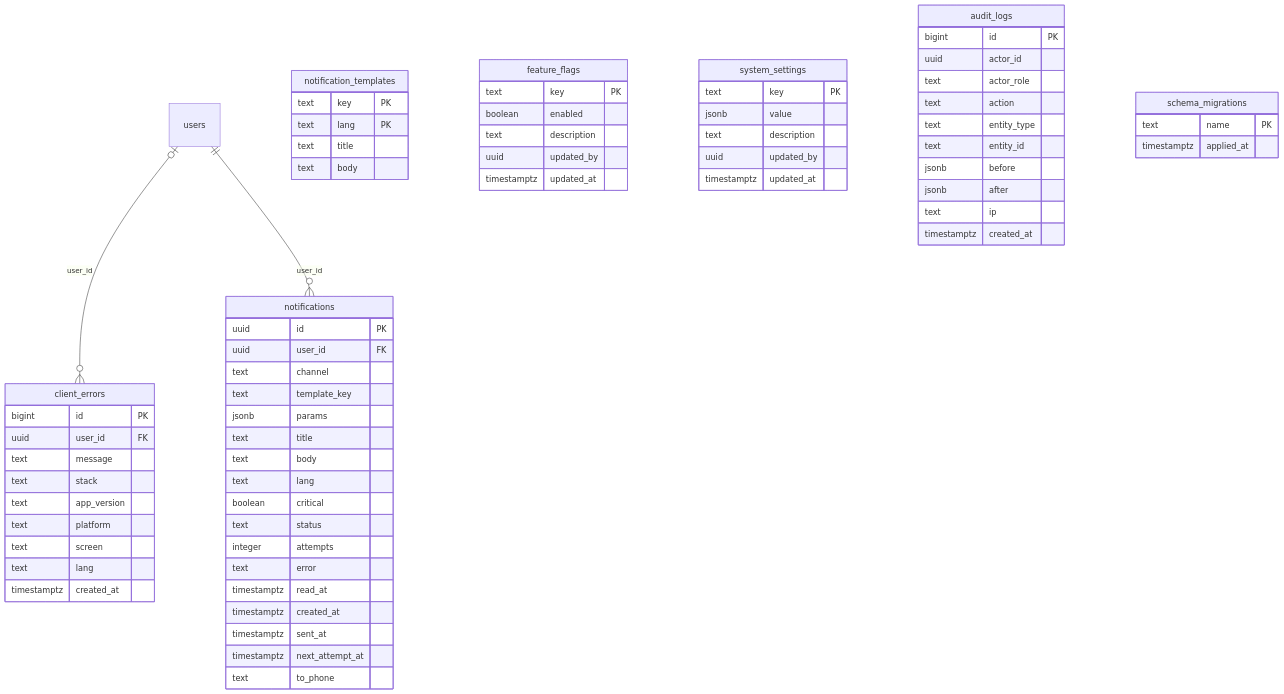
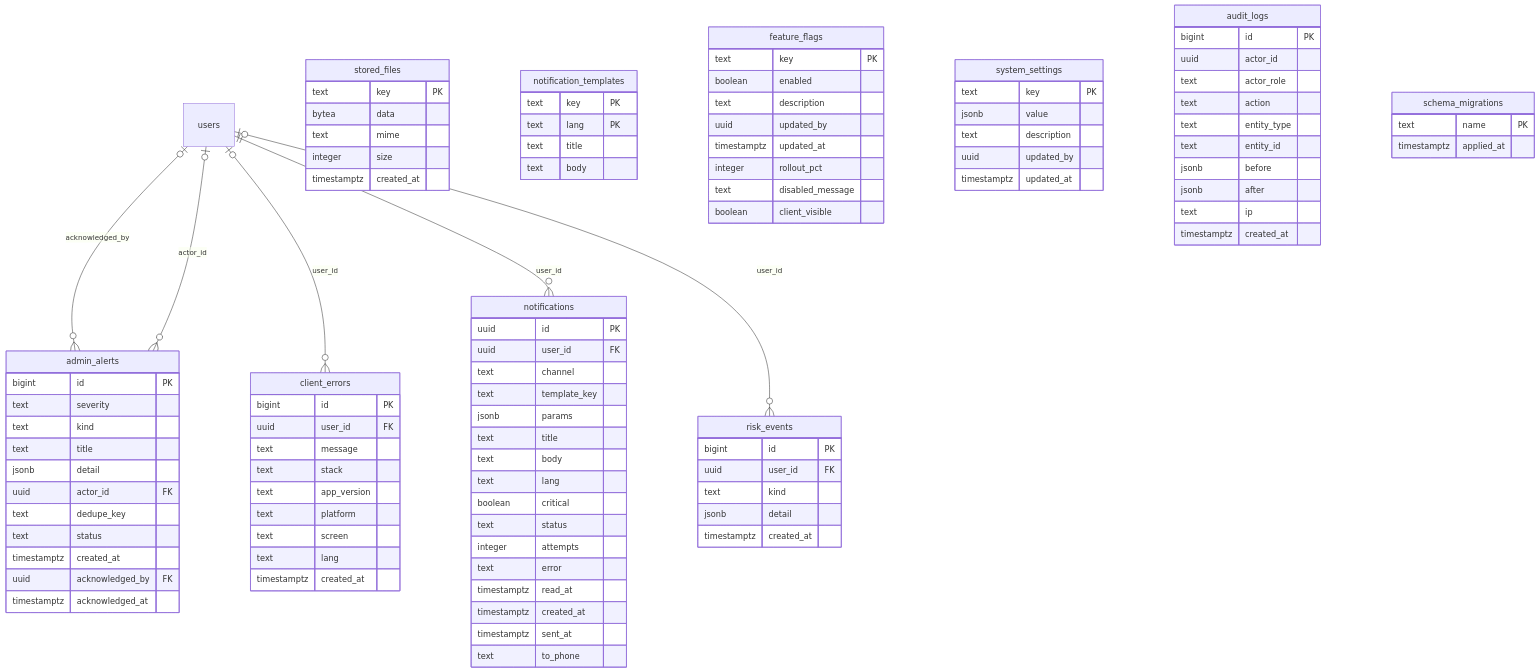
One commit to Eribangi05/haifa-bms changed the tenth of 10 diagrams in rwanda-mobility/docs/ERD.md. Above: the diagram before and after it, drawn with Mermaid. The commit also changed other lines of this file and 164 other files, not shown here.

First line of the commit message:
Round 5: road router and in-app navigation, offline map and saved screens, chat with private numbers, fraud checks, staff alerts, rollout flags, dashboards, referrals, vehicle application, driver tools, compiled build

````diff
--- a/rwanda-mobility/docs/ERD.md
+++ b/rwanda-mobility/docs/ERD.md
@@ -1508,7 +1535,37 @@
 ```mermaid
 erDiagram
+  users |o--o{ admin_alerts : "acknowledged_by"
+  users |o--o{ admin_alerts : "actor_id"
   users |o--o{ client_errors : "user_id"
   users ||--o{ notifications : "user_id"
+  users |o--o{ risk_events : "user_id"
+  admin_alerts {
+    bigint id PK
+    text severity
+    text kind
+    text title
+    jsonb detail
+    uuid actor_id FK
+    text dedupe_key
+    text status
+    timestamptz created_at
+    uuid acknowledged_by FK
+    timestamptz acknowledged_at
+  }
+  risk_events {
+    bigint id PK
+    uuid user_id FK
+    text kind
+    jsonb detail
+    timestamptz created_at
+  }
+  stored_files {
+    text key PK
+    bytea data
+    text mime
+    integer size
+    timestamptz created_at
+  }
   notifications {
     uuid id PK
     uuid user_id FK
@@ -1525,7 +1582,6 @@
     timestamptz read_at
     timestamptz created_at
     timestamptz sent_at
-    timestamptz next_attempt_at
     text to_phone
   }
   notification_templates {
@@ -1540,6 +1596,9 @@
     text description
     uuid updated_by
     timestamptz updated_at
+    integer rollout_pct
+    text disabled_message
+    boolean client_visible
   }
   system_settings {
     text key PK
````
